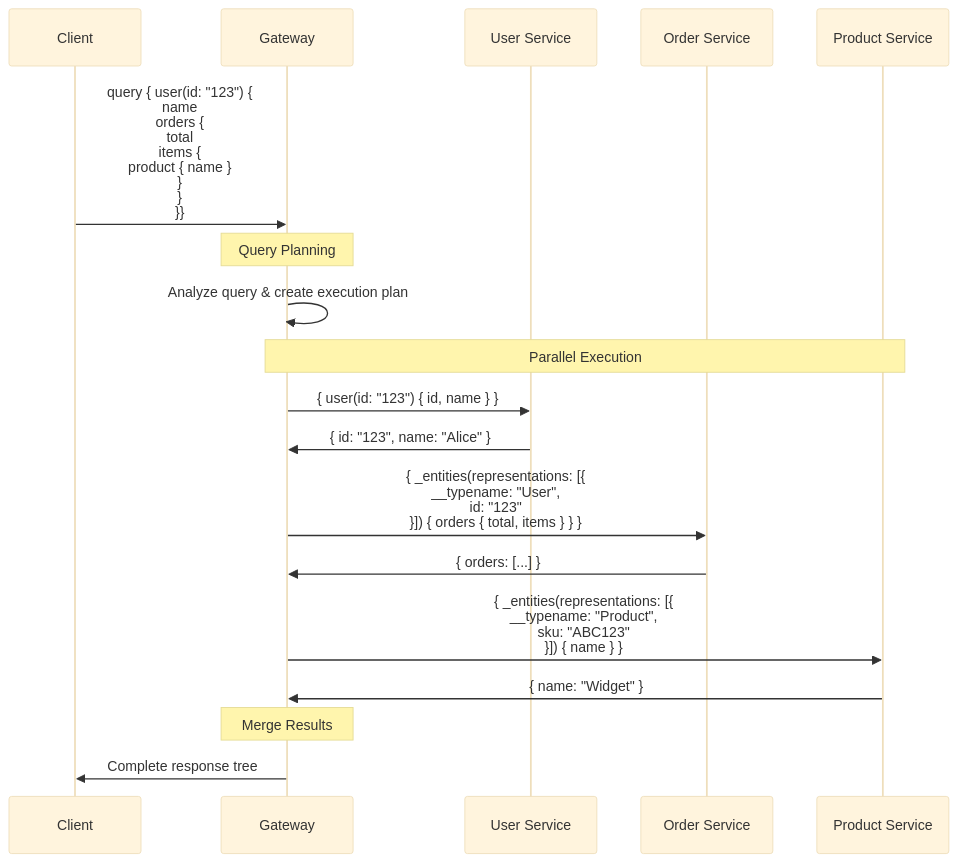
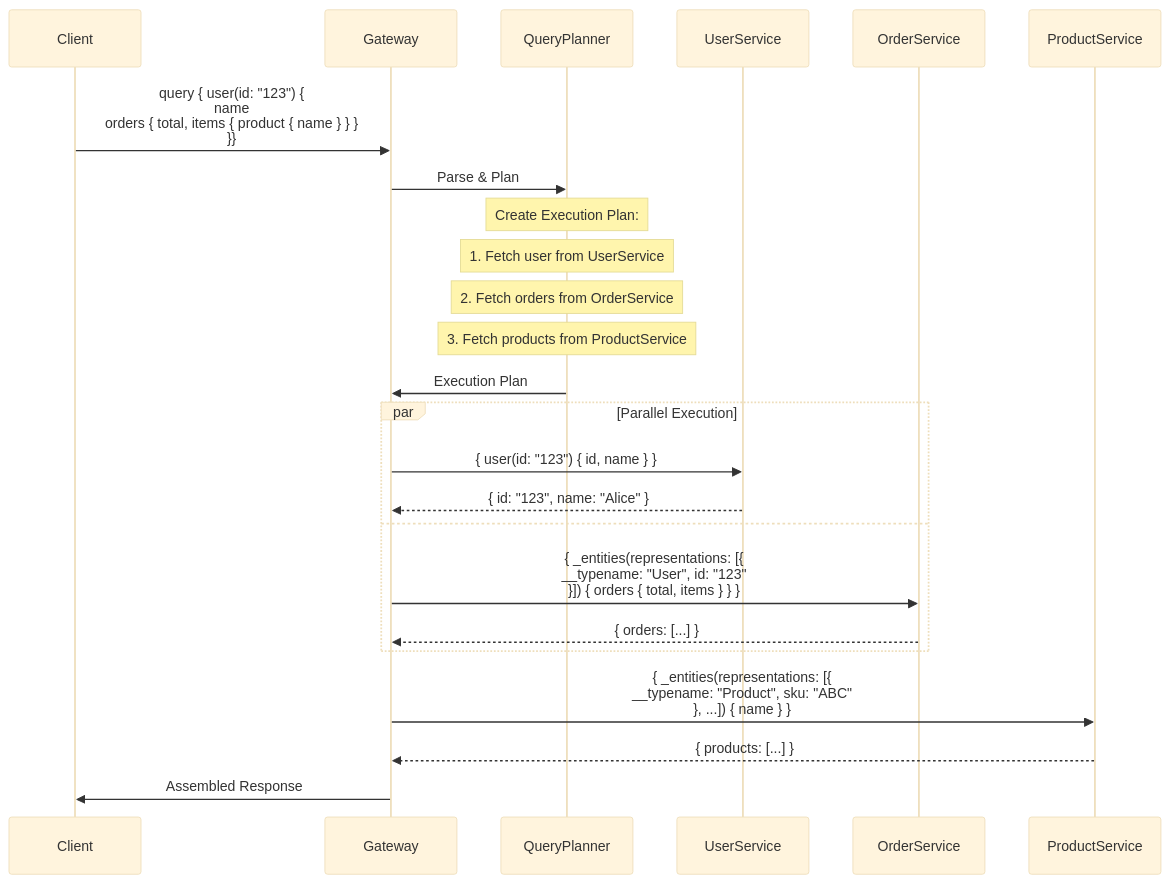
Before and after one commit to deepaucksharma/DStudio: the fourth of 6 diagrams in docs/pattern-library/architecture/graphql-federation.md, drawn with Mermaid (base theme). The commit also changed other lines of this file and 8 other files, not shown here.

````diff
--- a/docs/pattern-library/architecture/graphql-federation.md
+++ b/docs/pattern-library/architecture/graphql-federation.md
@@ -1016,26 +305,33 @@
 ```mermaid
 sequenceDiagram
-    participant C as Client
-    participant G as Gateway
-    participant U as User Service
-    participant O as Order Service
-    participant P as Product Service
+    participant Client
+    participant Gateway
+    participant QueryPlanner
+    participant UserService
+    participant OrderService
+    participant ProductService
     
-    C->>G: query { user(id: "123") {<br/>  name<br/>  orders {<br/>    total<br/>    items {<br/>      product { name }<br/>    }<br/>  }<br/>}}
+    Client->>Gateway: query { user(id: "123") {<br/>  name<br/>  orders { total, items { product { name } } }<br/>}}
     
-    Note over G: Query Planning
-    G->>G: Analyze query & create execution plan
+    Gateway->>QueryPlanner: Parse & Plan
     
-    Note over G,P: Parallel Execution
-    G->>U: { user(id: "123") { id, name } }
-    U->>G: { id: "123", name: "Alice" }
+    Note over QueryPlanner: Create Execution Plan:
+    Note over QueryPlanner: 1. Fetch user from UserService
+    Note over QueryPlanner: 2. Fetch orders from OrderService
+    Note over QueryPlanner: 3. Fetch products from ProductService
     
-    G->>O: { _entities(representations: [{<br/>  __typename: "User",<br/>  id: "123"<br/>}]) { orders { total, items } } }
-    O->>G: { orders: [...] }
+    QueryPlanner->>Gateway: Execution Plan
     
-    G->>P: { _entities(representations: [{<br/>  __typename: "Product",<br/>  sku: "ABC123"<br/>}]) { name } }
-    P->>G: { name: "Widget" }
+    par Parallel Execution
+        Gateway->>UserService: { user(id: "123") { id, name } }
+        UserService-->>Gateway: { id: "123", name: "Alice" }
+    and
+        Gateway->>OrderService: { _entities(representations: [{<br/>  __typename: "User", id: "123"<br/>}]) { orders { total, items } } }
+        OrderService-->>Gateway: { orders: [...] }
+    end
     
-    Note over G: Merge Results
-    G->>C: Complete response tree
+    Gateway->>ProductService: { _entities(representations: [{<br/>  __typename: "Product", sku: "ABC"<br/>}, ...]) { name } }
+    ProductService-->>Gateway: { products: [...] }
+    
+    Gateway->>Client: Assembled Response
 ```
````
